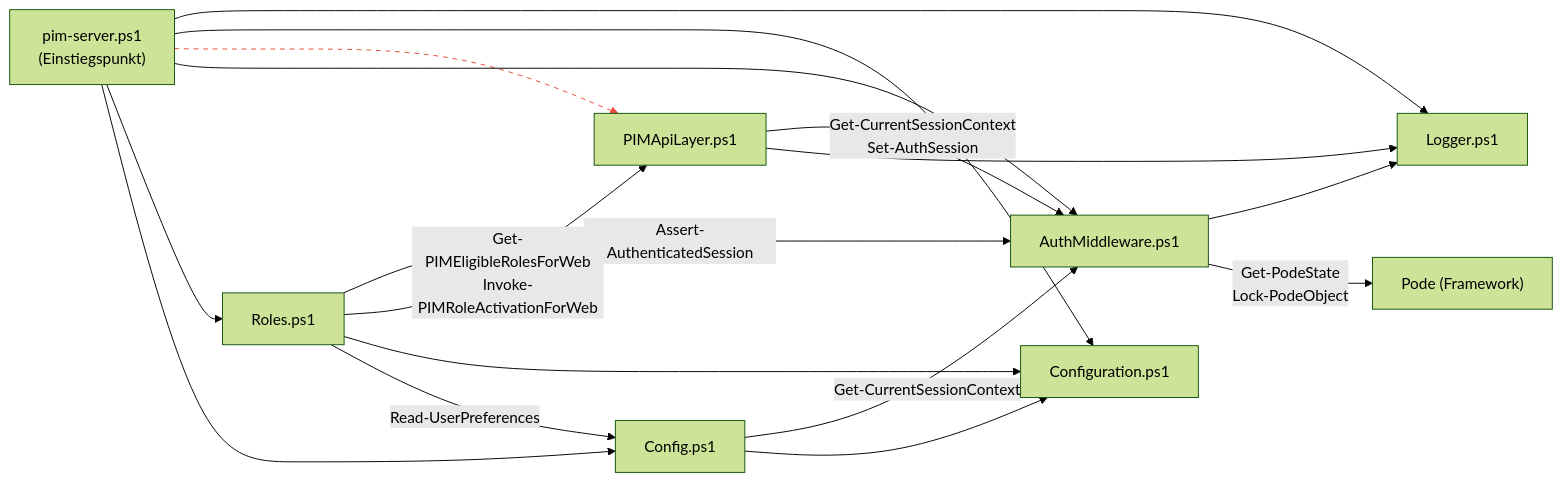
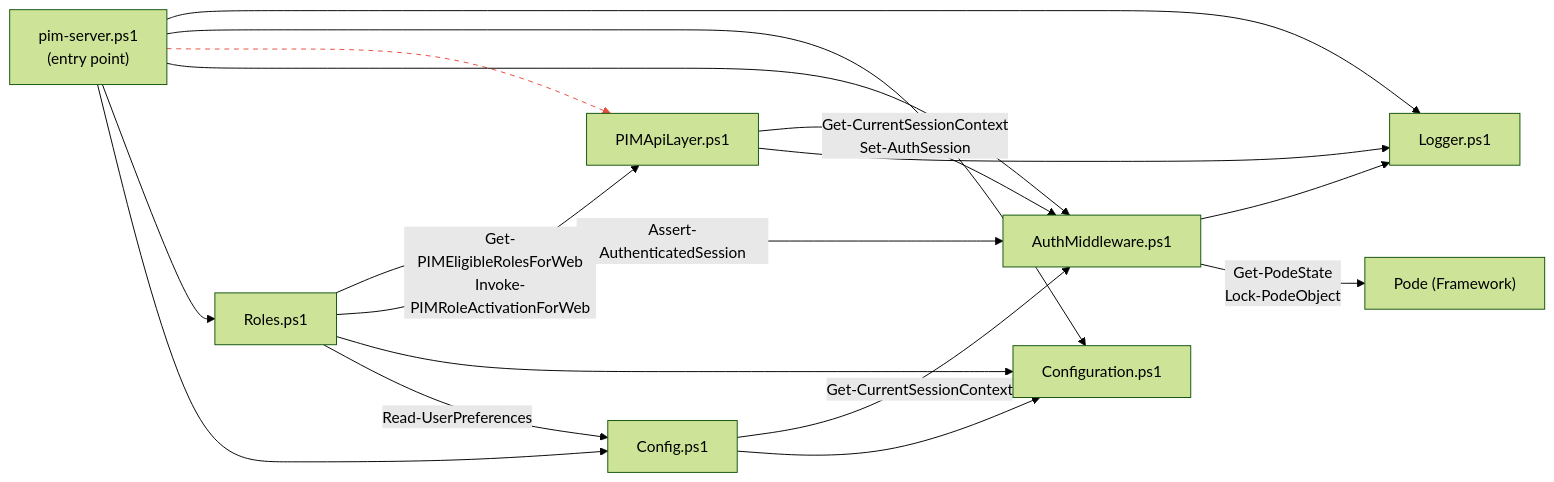
The second of 5 diagrams in architecture.md (l-gosling/PIMActivation-Web), drawn with Mermaid (forest theme) before and after one commit. The commit also changed other lines of this file and 4 other files, not shown here.

````diff
--- a/architecture.md
+++ b/architecture.md
@@ -107,30 +101,30 @@
 ```mermaid
 graph LR
-    Server["pim-server.ps1<br/>(Einstiegspunkt)"]
+    Server["pim-server.ps1<br/>(entry point)"]
     Logger["Logger.ps1"]
     Config["Configuration.ps1"]
     PIM["PIMApiLayer.ps1"]
     AuthMW["AuthMiddleware.ps1"]
     Roles["Roles.ps1"]
     ConfigR["Config.ps1"]
 
     Server --> Logger
     Server --> Config
     Server --> PIM
     Server --> AuthMW
     Server --> Roles
     Server --> ConfigR
 
     PIM -->|"Get-CurrentSessionContext<br/>Set-AuthSession"| AuthMW
     PIM --> Logger
     AuthMW --> Logger
     AuthMW -->|"Get-PodeState<br/>Lock-PodeObject"| Pode["Pode (Framework)"]
     Roles -->|"Assert-AuthenticatedSession"| AuthMW
     Roles -->|"Get-PIMEligibleRolesForWeb<br/>Invoke-PIMRoleActivationForWeb"| PIM
     Roles --> Config
     Roles -->|"Read-UserPreferences"| ConfigR
     ConfigR -->|"Get-CurrentSessionContext"| AuthMW
     ConfigR --> Config
 
     linkStyle 2 stroke:#e74c3c,stroke-dasharray:5
 ```
````
